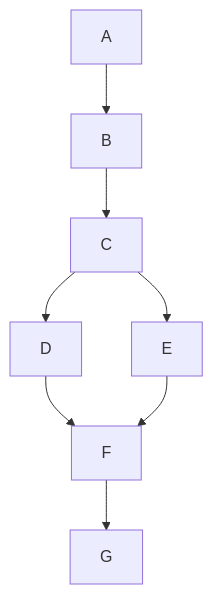
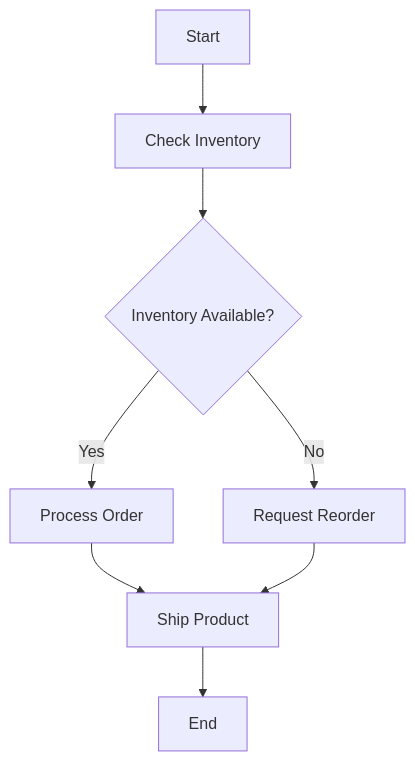
Before and after one commit to SK-SCMLab/Root-Cause-Analyses-in-Food-production-facility-using-Excel: the diagram in README.md, drawn with Mermaid.

````diff
--- a/README.md
+++ b/README.md
@@ -23,10 +23,10 @@
 ```mermaid
 flowchart TD;
-A-->B;
-B-->C;
-C-->D;
-C-->E;
-D-->F;
-E-->F;
-F-->G;
+A[Start]-->B[Check Inventory];
+B-->C{Inventory Available?};
+C-->|Yes| D[Process Order];
+C-->|No| E[Request Reorder];
+D-->F[Ship Product];
+E-->F[Ship Product];
+F-->G[End];
 ```
````
